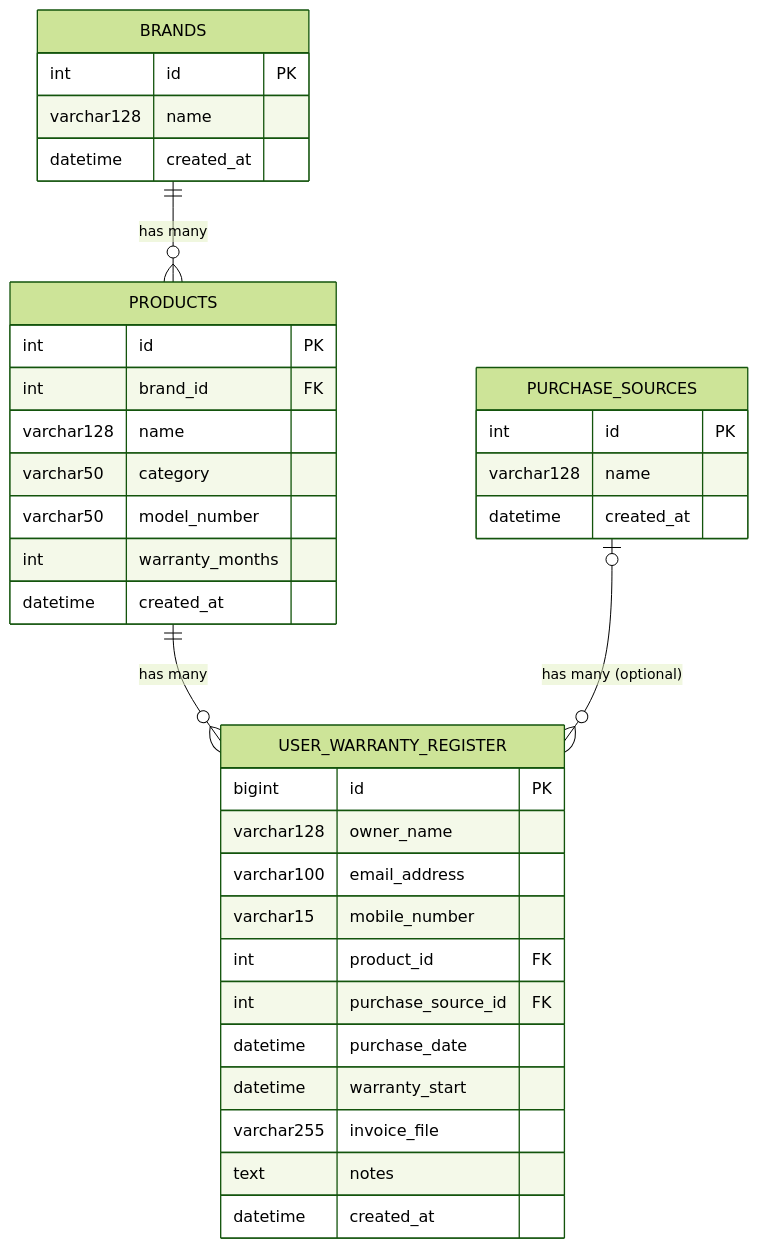
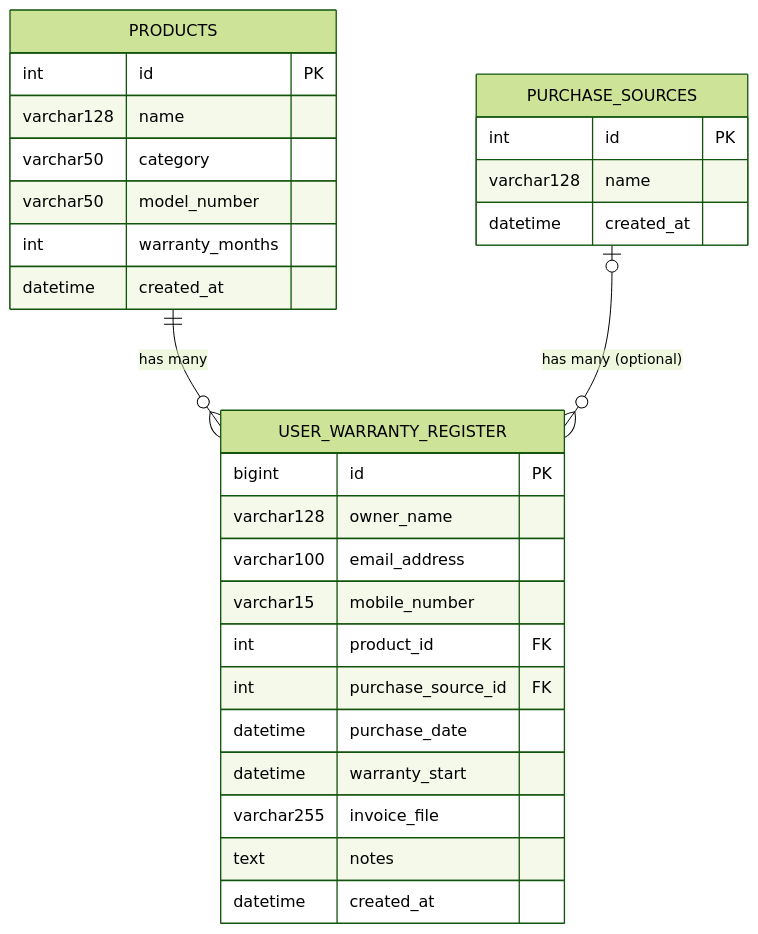
The second of 2 diagrams in docs/Beginner_Build_Guide.md (jantech/WarrantyTracker), drawn with Mermaid (forest theme) before and after one commit. The commit also changed other lines of this file and 2 other files, not shown here.

First line of the commit message:
Simplify requirement docs and drop Brand entity, align with project brief

````diff
--- a/docs/Beginner_Build_Guide.md
+++ b/docs/Beginner_Build_Guide.md
@@ -66,39 +66,32 @@
 ```mermaid
 erDiagram
-    BRANDS ||--o{ PRODUCTS : "has many"
     PRODUCTS ||--o{ USER_WARRANTY_REGISTER : "has many"
     PURCHASE_SOURCES |o--o{ USER_WARRANTY_REGISTER : "has many (optional)"
 
-    BRANDS {
-        int id PK
-        varchar128 name
-        datetime created_at
-    }
     PRODUCTS {
         int id PK
-        int brand_id FK
         varchar128 name
         varchar50 category
         varchar50 model_number
         int warranty_months
         datetime created_at
     }
     PURCHASE_SOURCES {
         int id PK
         varchar128 name
         datetime created_at
     }
     USER_WARRANTY_REGISTER {
         bigint id PK
         varchar128 owner_name
         varchar100 email_address
         varchar15 mobile_number
         int product_id FK
         int purchase_source_id FK
         datetime purchase_date
         datetime warranty_start
         varchar255 invoice_file
         text notes
         datetime created_at
     }
 ```
````
